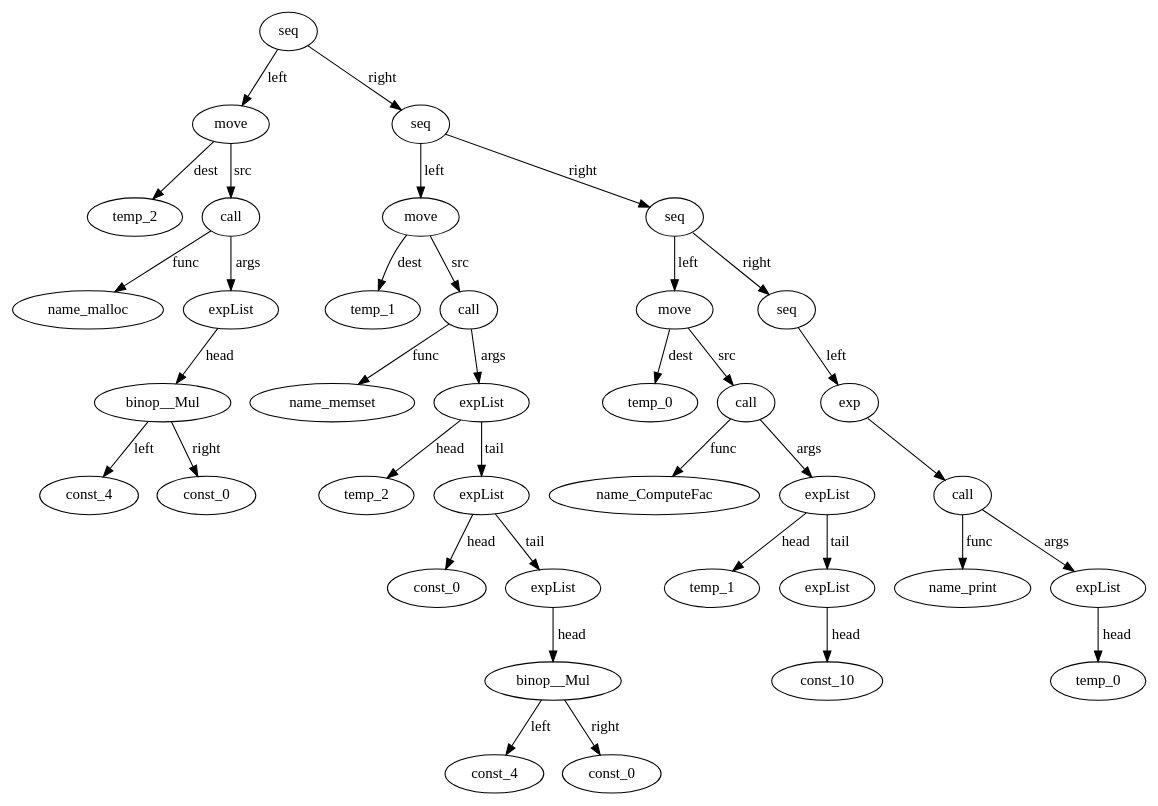
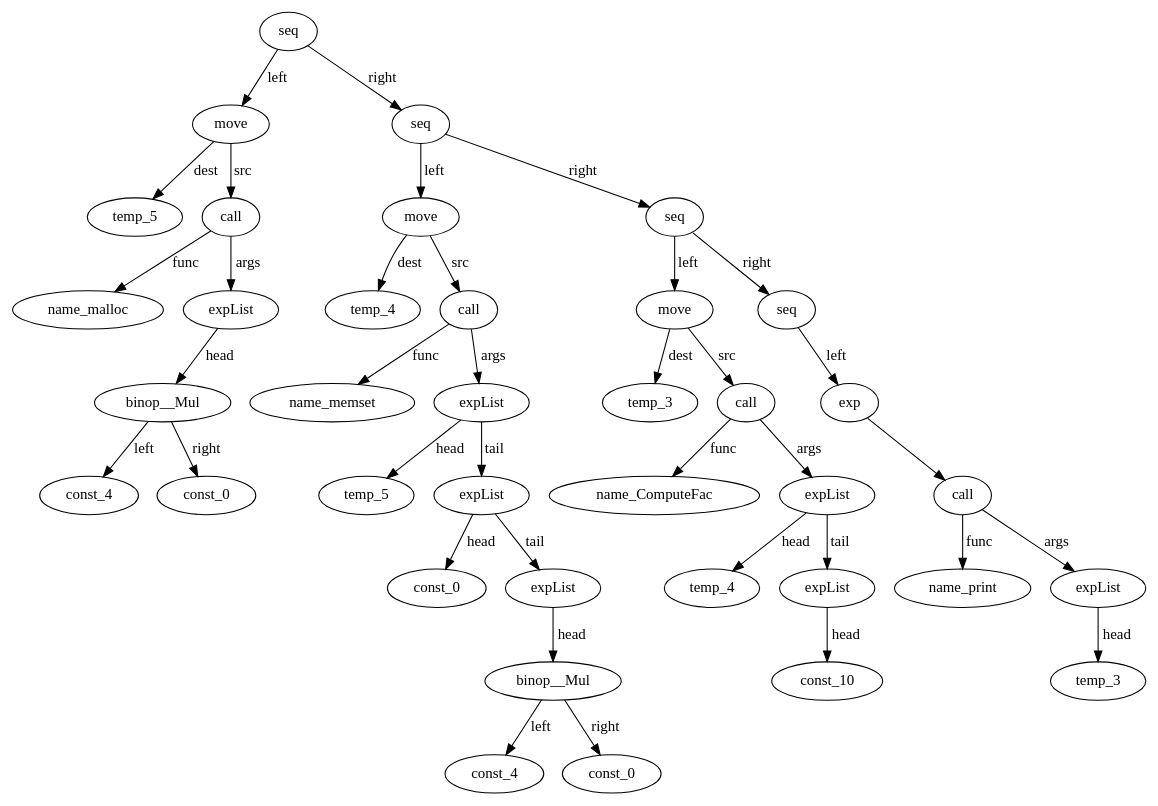
Before and after one commit to AnnaSavinova/GirlsHeapCompiler: the diagram in Compiler/Compiler/graph/IRTree_Factorial___main.dot, drawn with Graphviz. The commit also changed 4 other files, not shown here.

```diff
--- a/Compiler/Compiler/graph/IRTree_Factorial___main.dot
+++ b/Compiler/Compiler/graph/IRTree_Factorial___main.dot
@@ -1,76 +1,76 @@
 digraph {
-temp_2__id_0 [ label="temp_2" ]; 
+temp_5__id_0 [ label="temp_5" ]; 
 name_malloc__id_1 [ label="name_malloc" ]; 
 const_4__id_2 [ label="const_4" ]; 
 const_0__id_3 [ label="const_0" ]; 
 binop__Mul__id_4 [ label="binop__Mul" ]; 
 binop__Mul__id_4 -> const_0__id_3 [ label="right"] ; 
 binop__Mul__id_4 -> const_4__id_2 [ label="left"] ; 
 expList__id_5 [ label="expList" ]; 
 expList__id_5 -> binop__Mul__id_4 [ label="head"] ; 
 call__id_6 [ label="call" ]; 
 call__id_6 -> name_malloc__id_1 [ label="func"] ; 
 call__id_6 -> expList__id_5 [ label="args"] ; 
 move__id_7 [ label="move" ]; 
-move__id_7 -> temp_2__id_0 [ label="dest"] ; 
+move__id_7 -> temp_5__id_0 [ label="dest"] ; 
 move__id_7 -> call__id_6 [ label="src"] ; 
-temp_1__id_8 [ label="temp_1" ]; 
+temp_4__id_8 [ label="temp_4" ]; 
 name_memset__id_9 [ label="name_memset" ]; 
-temp_2__id_10 [ label="temp_2" ]; 
+temp_5__id_10 [ label="temp_5" ]; 
 const_0__id_11 [ label="const_0" ]; 
 const_4__id_12 [ label="const_4" ]; 
 const_0__id_13 [ label="const_0" ]; 
 binop__Mul__id_14 [ label="binop__Mul" ]; 
 binop__Mul__id_14 -> const_0__id_13 [ label="right"] ; 
 binop__Mul__id_14 -> const_4__id_12 [ label="left"] ; 
 expList__id_15 [ label="expList" ]; 
 expList__id_15 -> binop__Mul__id_14 [ label="head"] ; 
 expList__id_16 [ label="expList" ]; 
 expList__id_16 -> const_0__id_11 [ label="head"] ; 
 expList__id_16 -> expList__id_15 [ label="tail"] ; 
 expList__id_17 [ label="expList" ]; 
-expList__id_17 -> temp_2__id_10 [ label="head"] ; 
+expList__id_17 -> temp_5__id_10 [ label="head"] ; 
 expList__id_17 -> expList__id_16 [ label="tail"] ; 
 call__id_18 [ label="call" ]; 
 call__id_18 -> name_memset__id_9 [ label="func"] ; 
 call__id_18 -> expList__id_17 [ label="args"] ; 
 move__id_19 [ label="move" ]; 
-move__id_19 -> temp_1__id_8 [ label="dest"] ; 
+move__id_19 -> temp_4__id_8 [ label="dest"] ; 
 move__id_19 -> call__id_18 [ label="src"] ; 
-temp_0__id_20 [ label="temp_0" ]; 
+temp_3__id_20 [ label="temp_3" ]; 
 name_ComputeFac__id_21 [ label="name_ComputeFac" ]; 
-temp_1__id_22 [ label="temp_1" ]; 
+temp_4__id_22 [ label="temp_4" ]; 
 const_10__id_23 [ label="const_10" ]; 
 expList__id_24 [ label="expList" ]; 
 expList__id_24 -> const_10__id_23 [ label="head"] ; 
 expList__id_25 [ label="expList" ]; 
-expList__id_25 -> temp_1__id_22 [ label="head"] ; 
+expList__id_25 -> temp_4__id_22 [ label="head"] ; 
 expList__id_25 -> expList__id_24 [ label="tail"] ; 
 call__id_26 [ label="call" ]; 
 call__id_26 -> name_ComputeFac__id_21 [ label="func"] ; 
 call__id_26 -> expList__id_25 [ label="args"] ; 
 move__id_27 [ label="move" ]; 
-move__id_27 -> temp_0__id_20 [ label="dest"] ; 
+move__id_27 -> temp_3__id_20 [ label="dest"] ; 
 move__id_27 -> call__id_26 [ label="src"] ; 
 name_print__id_28 [ label="name_print" ]; 
-temp_0__id_29 [ label="temp_0" ]; 
+temp_3__id_29 [ label="temp_3" ]; 
 expList__id_30 [ label="expList" ]; 
-expList__id_30 -> temp_0__id_29 [ label="head"] ; 
+expList__id_30 -> temp_3__id_29 [ label="head"] ; 
 call__id_31 [ label="call" ]; 
 call__id_31 -> name_print__id_28 [ label="func"] ; 
 call__id_31 -> expList__id_30 [ label="args"] ; 
 exp__id_32 [ label="exp" ]; 
 exp__id_32 -> call__id_31 ; 
 seq__id_33 [ label="seq" ]; 
 seq__id_33 -> exp__id_32 [ label="left"] ; 
 seq__id_34 [ label="seq" ]; 
 seq__id_34 -> move__id_27 [ label="left"] ; 
 seq__id_34 -> seq__id_33 [ label="right"] ; 
 seq__id_35 [ label="seq" ]; 
 seq__id_35 -> move__id_19 [ label="left"] ; 
 seq__id_35 -> seq__id_34 [ label="right"] ; 
 seq__id_36 [ label="seq" ]; 
 seq__id_36 -> move__id_7 [ label="left"] ; 
 seq__id_36 -> seq__id_35 [ label="right"] ; 
 
 }
```
